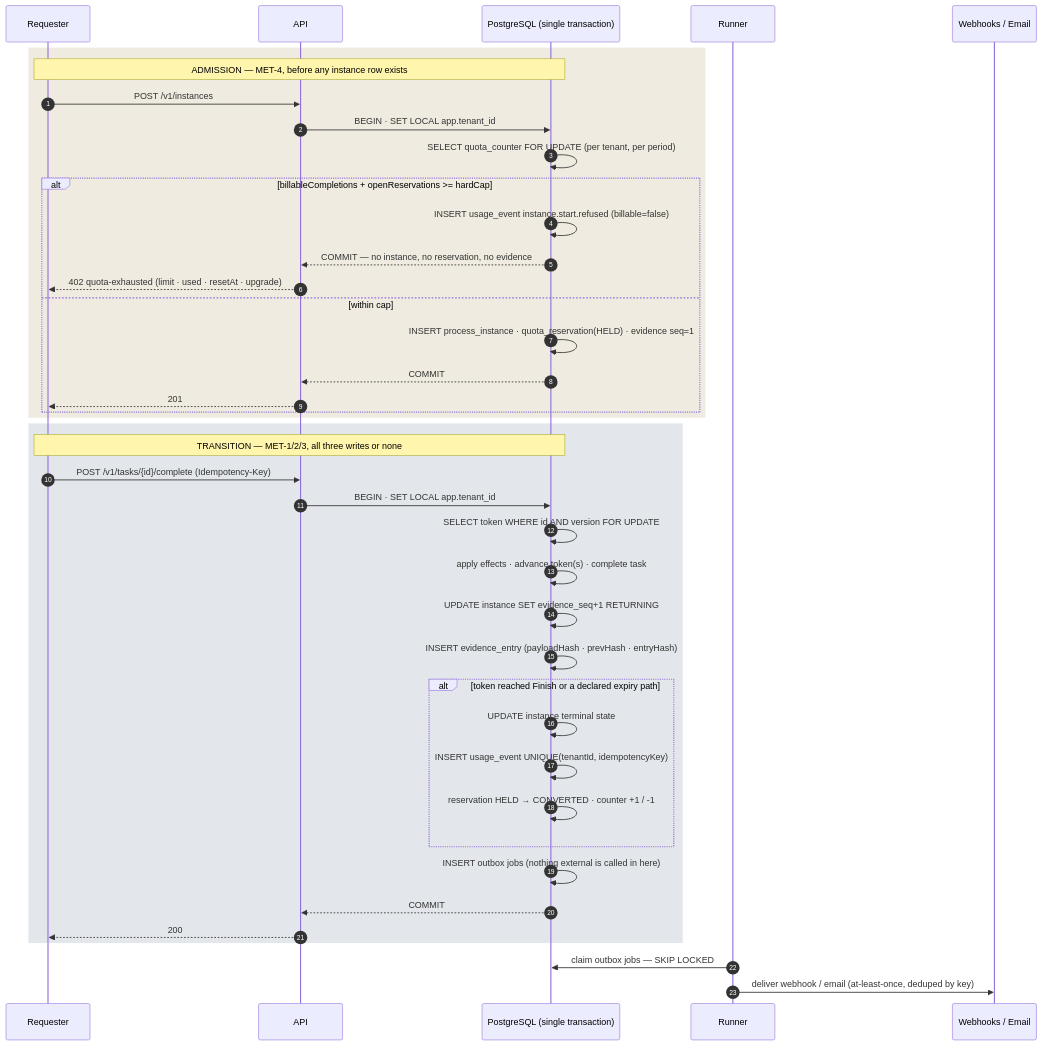
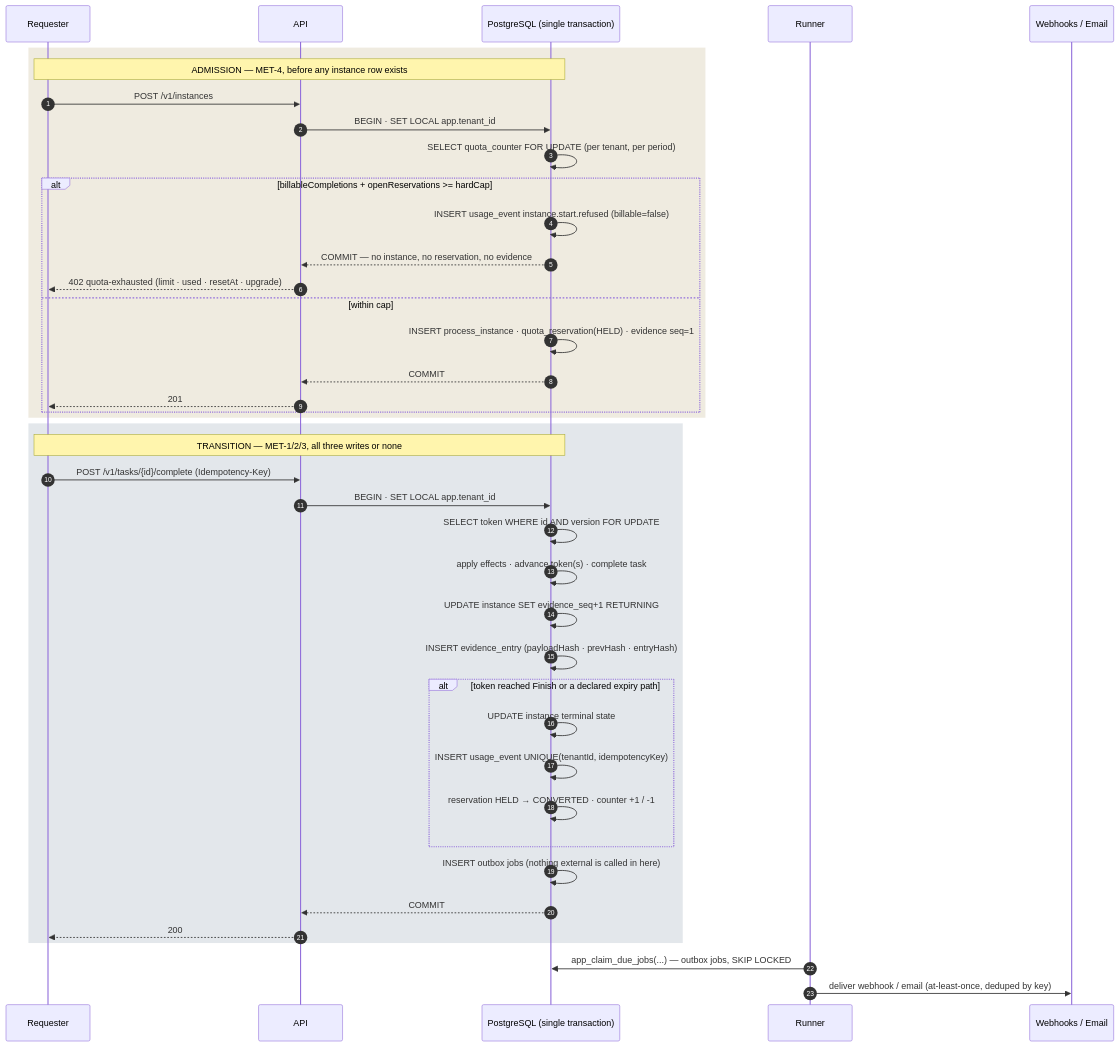
One commit to Tamoura/Claude-Code-creates-the-SW-company changed the fifth of 10 diagrams in products/connectbpm/docs/architecture.md. Above: the diagram before and after it, drawn with Mermaid. The commit also changed other lines of this file and 4 other files, not shown here.

````diff
--- a/products/connectbpm/docs/architecture.md
+++ b/products/connectbpm/docs/architecture.md
@@ -300,46 +302,46 @@
 ```mermaid
 sequenceDiagram
     autonumber
     participant U as Requester
     participant API as API
     participant DB as PostgreSQL (single transaction)
     participant RUN as Runner
     participant EXT as Webhooks / Email
 
     rect rgba(122,92,0,0.12)
     Note over U,DB: ADMISSION — MET-4, before any instance row exists
     U->>API: POST /v1/instances
     API->>DB: BEGIN · SET LOCAL app.tenant_id
     DB->>DB: SELECT quota_counter FOR UPDATE (per tenant, per period)
     alt billableCompletions + openReservations >= hardCap
         DB->>DB: INSERT usage_event instance.start.refused (billable=false)
         DB-->>API: COMMIT — no instance, no reservation, no evidence
         API-->>U: 402 quota-exhausted (limit · used · resetAt · upgrade)
     else within cap
         DB->>DB: INSERT process_instance · quota_reservation(HELD) · evidence seq=1
         DB-->>API: COMMIT
         API-->>U: 201
     end
     end
 
     rect rgba(30,58,95,0.12)
     Note over U,DB: TRANSITION — MET-1/2/3, all three writes or none
     U->>API: POST /v1/tasks/{id}/complete (Idempotency-Key)
     API->>DB: BEGIN · SET LOCAL app.tenant_id
     DB->>DB: SELECT token WHERE id AND version FOR UPDATE
     DB->>DB: apply effects · advance token(s) · complete task
     DB->>DB: UPDATE instance SET evidence_seq+1 RETURNING
     DB->>DB: INSERT evidence_entry (payloadHash · prevHash · entryHash)
     alt token reached Finish or a declared expiry path
         DB->>DB: UPDATE instance terminal state
         DB->>DB: INSERT usage_event UNIQUE(tenantId, idempotencyKey)
         DB->>DB: reservation HELD → CONVERTED · counter +1 / -1
     end
     DB->>DB: INSERT outbox jobs (nothing external is called in here)
     DB-->>API: COMMIT
     API-->>U: 200
     end
 
-    RUN->>DB: claim outbox jobs — SKIP LOCKED
+    RUN->>DB: app_claim_due_jobs(...) — outbox jobs, SKIP LOCKED
     RUN->>EXT: deliver webhook / email (at-least-once, deduped by key)
 ```
````
